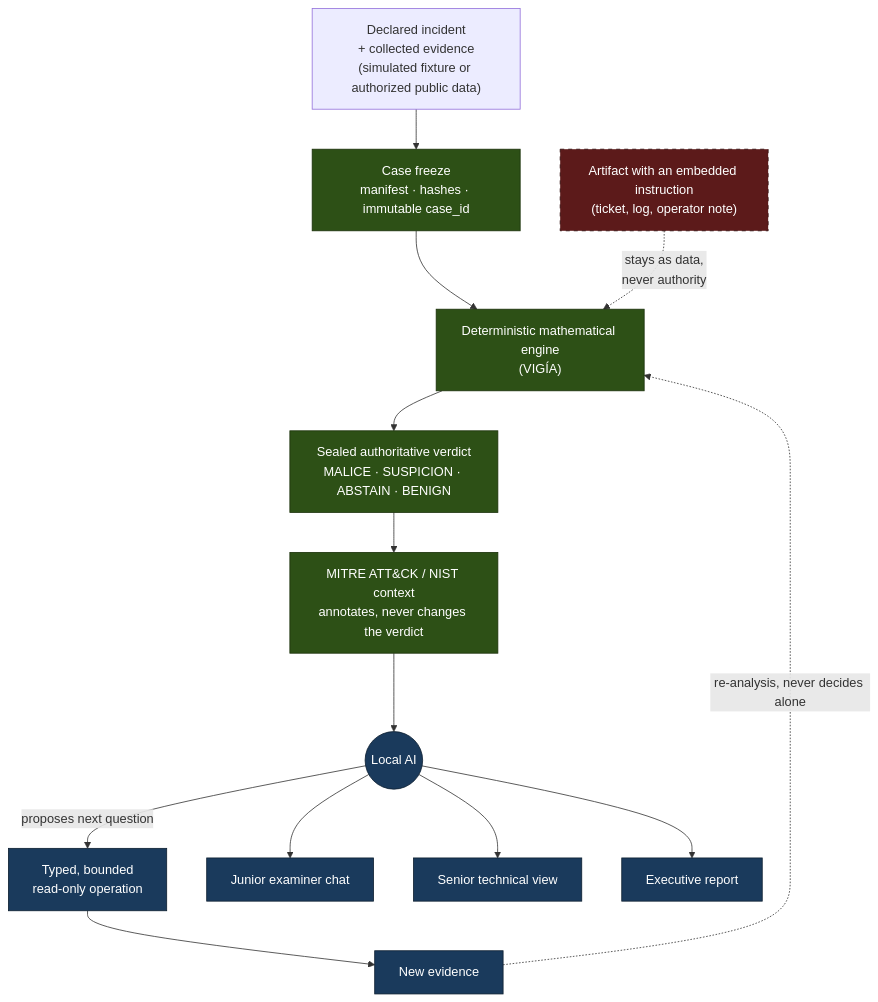
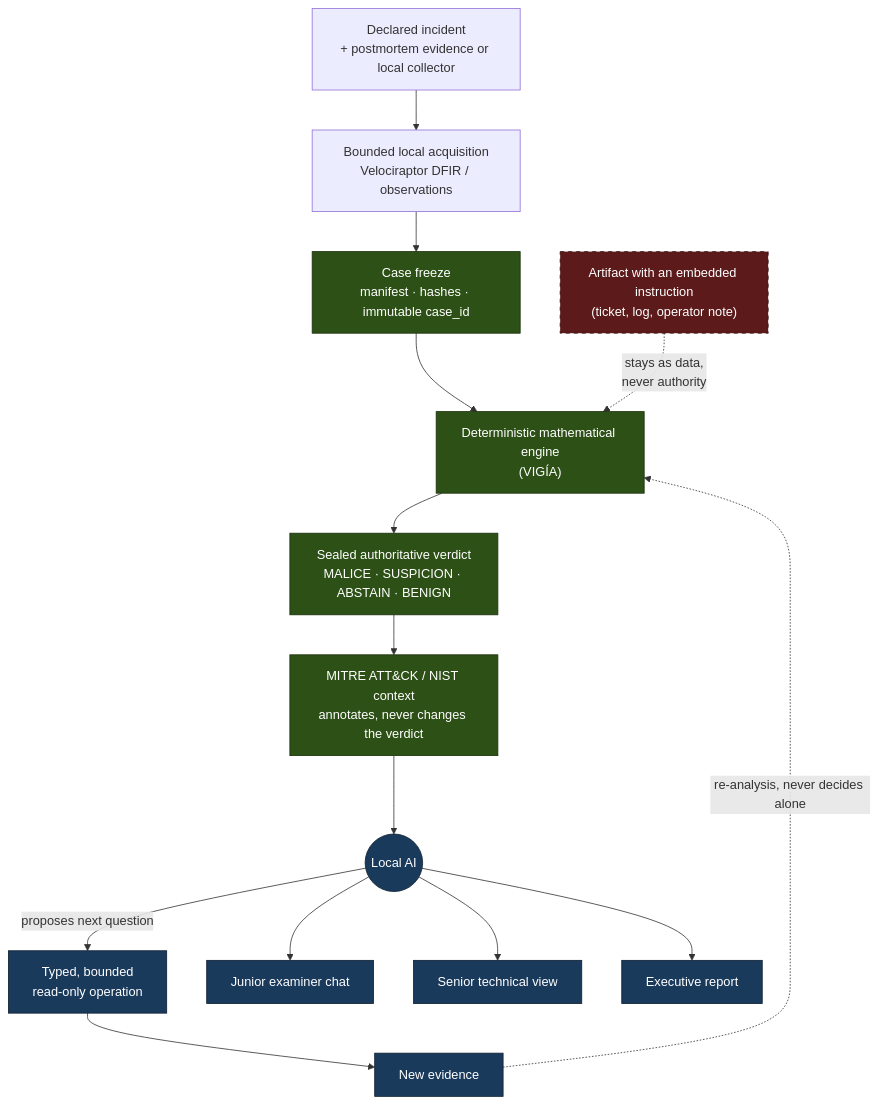
The diagram in README.en.md (annatchijova/zaynor), drawn with Mermaid before and after one commit. The commit also changed other lines of this file and 2 other files, not shown here.

Commit message:
docs: describe bounded local acquisition honestly

````diff
--- a/README.en.md
+++ b/README.en.md
@@ -61,23 +66,24 @@
 ```mermaid
 flowchart TD
-    A["Declared incident<br/>+ collected evidence<br/>(simulated fixture or authorized public data)"] --> B["Case freeze<br/>manifest · hashes · immutable case_id"]
+    A["Declared incident<br/>+ postmortem evidence or local collector"] --> A2["Bounded local acquisition<br/>Velociraptor DFIR / observations"]
+    A2 --> B["Case freeze<br/>manifest · hashes · immutable case_id"]
     B --> C["Deterministic mathematical engine<br/>(VIGÍA)"]
     C --> D["Sealed authoritative verdict<br/>MALICE · SUSPICION · ABSTAIN · BENIGN"]
     D --> E["MITRE ATT&CK / NIST context<br/>annotates, never changes the verdict"]
     E --> F(("Local AI"))
     F -->|proposes next question| G["Typed, bounded<br/>read-only operation"]
     G --> H["New evidence"]
     H -.->|re-analysis, never decides alone| C
     F --> I["Junior examiner chat"]
     F --> J["Senior technical view"]
     F --> K["Executive report"]
 
     X["Artifact with an embedded instruction<br/>(ticket, log, operator note)"] -. stays as data,<br/>never authority .-> C
 
     classDef authoritative fill:#2d5016,stroke:#1a3009,color:#fff
     classDef ai fill:#1a3a5c,stroke:#0d1f30,color:#fff
     classDef adversarial fill:#5c1a1a,stroke:#300d0d,color:#fff,stroke-dasharray: 5 5
     class B,C,D,E authoritative
     class F,G,H,I,J,K ai
     class X adversarial
 ```
````
